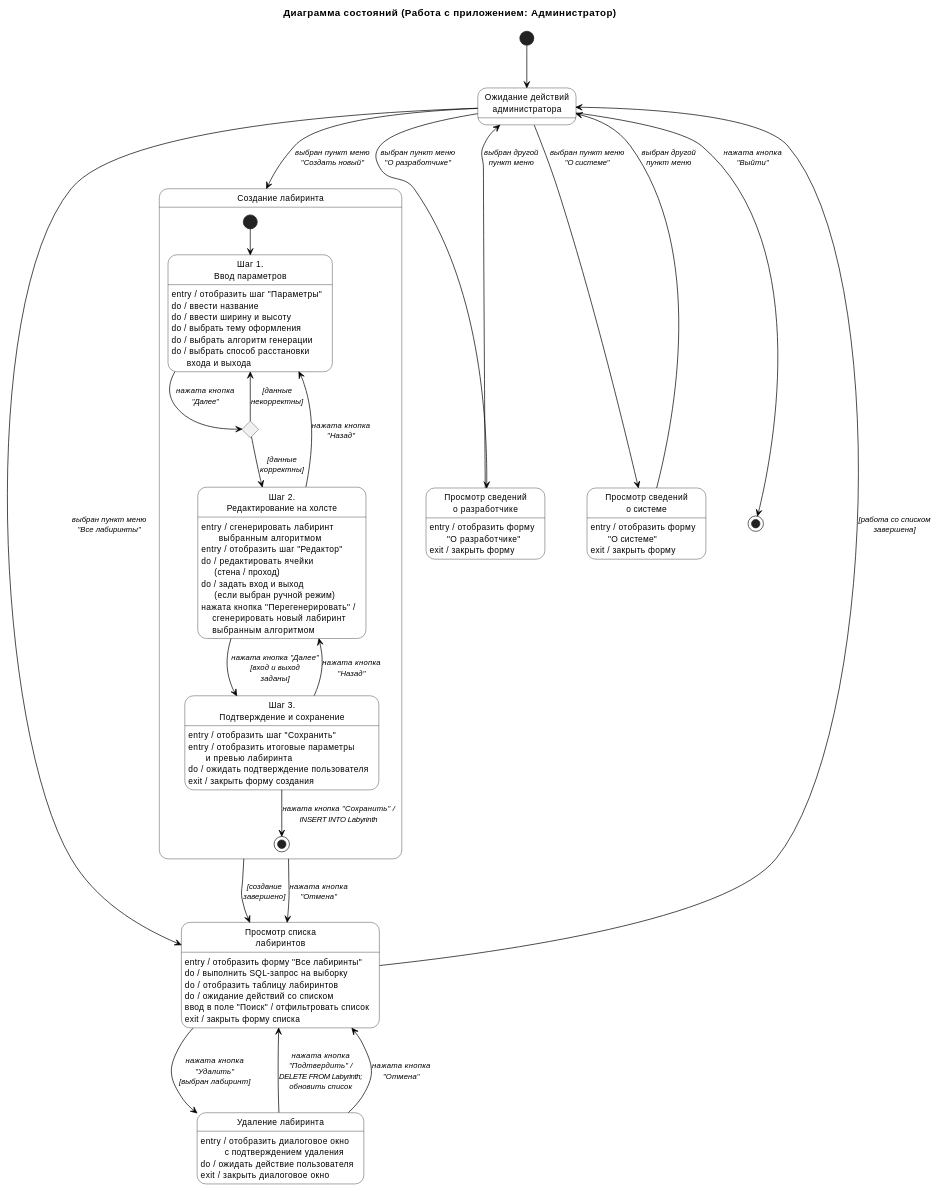
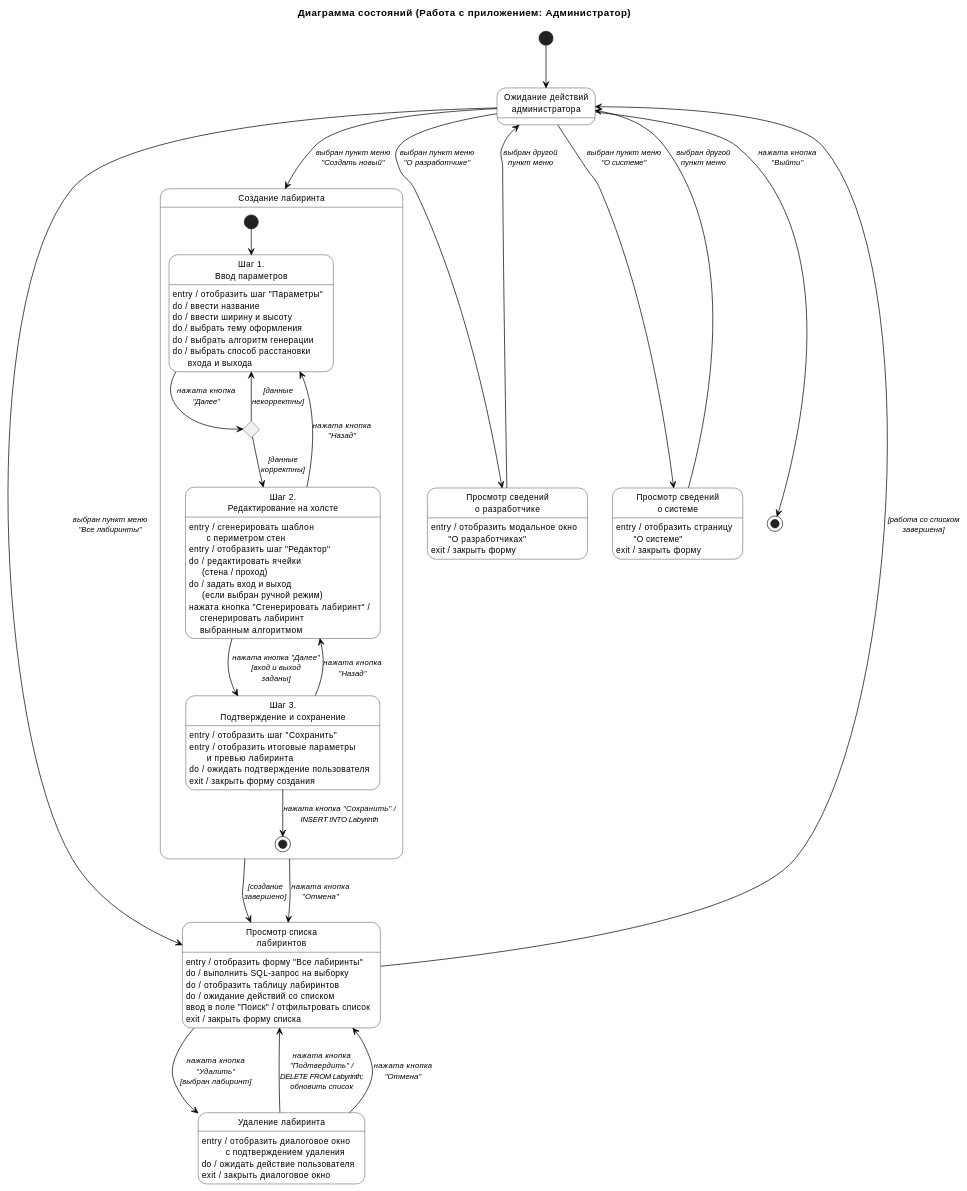
Before and after one commit to ozcnii/software-engineering: the second of 4 diagrams in report/review-task.md, drawn with PlantUML. The commit also changed other lines of this file and 75 other files, not shown here.

```diff
--- a/report/review-task.md
+++ b/report/review-task.md
@@ -170,11 +170,11 @@
   }
 
   state "Шаг 2.\nРедактирование на холсте" as Редактор {
-    Редактор : entry / сгенерировать лабиринт\n        выбранным алгоритмом
+    Редактор : entry / сгенерировать шаблон\n        с периметром стен
     Редактор : entry / отобразить шаг "Редактор"
     Редактор : do / редактировать ячейки\n      (стена / проход)
     Редактор : do / задать вход и выход\n      (если выбран ручной режим)
-    Редактор : нажата кнопка "Перегенерировать" /\n     сгенерировать новый лабиринт\n     выбранным алгоритмом
+    Редактор : нажата кнопка "Сгенерировать лабиринт" /\n     сгенерировать лабиринт\n     выбранным алгоритмом
   }
 
   state "Шаг 3.\nПодтверждение и сохранение" as Сохранение {
@@ -197,12 +197,12 @@
 }
 
 state "Просмотр сведений\nо разработчике" as Разработчик {
-  Разработчик : entry / отобразить форму\n        "О разработчике"
+  Разработчик : entry / отобразить модальное окно\n        "О разработчиках"
   Разработчик : exit / закрыть форму
 }
 
 state "Просмотр сведений\nо системе" as Система {
-  Система : entry / отобразить форму\n        "О системе"
+  Система : entry / отобразить страницу\n        "О системе"
   Система : exit / закрыть форму
 }
 
```
